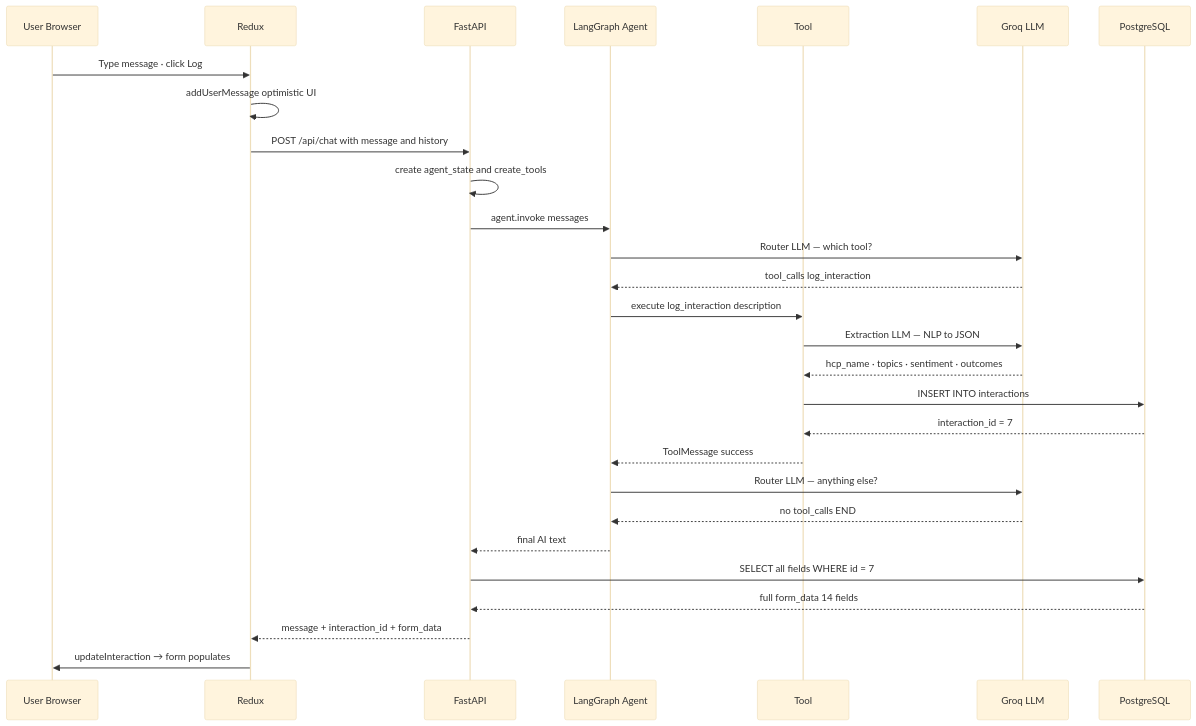
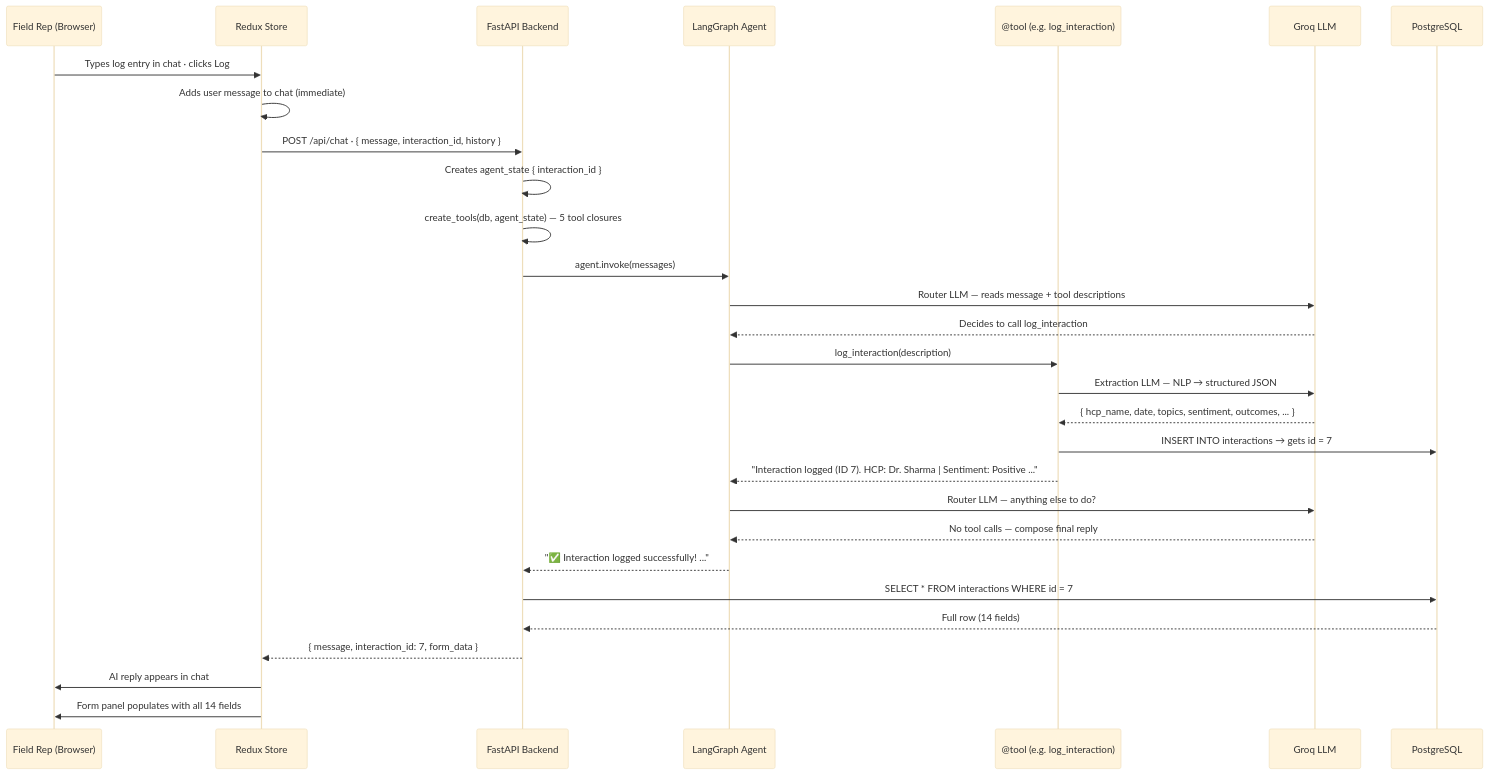
One commit to Kanchan95/ai-hcp-crm changed the diagram in README.md. Above: the diagram before and after it, drawn with Mermaid (base theme). The commit also changed other lines of this file and 1 other file, not shown here.

Commit message:
fix: log acknowledgment message + clean README

````diff
--- a/README.md
+++ b/README.md
@@ -68,31 +25,38 @@
 ```mermaid
 sequenceDiagram
-    participant U as User Browser
-    participant R as Redux
-    participant F as FastAPI
-    participant L as LangGraph Agent
-    participant T as Tool
-    participant G as Groq LLM
-    participant P as PostgreSQL
+    participant Rep as Field Rep (Browser)
+    participant Redux as Redux Store
+    participant API as FastAPI Backend
+    participant Agent as LangGraph Agent
+    participant Tool as @tool (e.g. log_interaction)
+    participant LLM as Groq LLM
+    participant DB as PostgreSQL
 
-    U->>R: Type message · click Log
-    R->>R: addUserMessage optimistic UI
-    R->>F: POST /api/chat with message and history
-    F->>F: create agent_state and create_tools
-    F->>L: agent.invoke messages
-    L->>G: Router LLM — which tool?
-    G-->>L: tool_calls log_interaction
-    L->>T: execute log_interaction description
-    T->>G: Extraction LLM — NLP to JSON
-    G-->>T: hcp_name · topics · sentiment · outcomes
-    T->>P: INSERT INTO interactions
-    P-->>T: interaction_id = 7
-    T-->>L: ToolMessage success
-    L->>G: Router LLM — anything else?
-    G-->>L: no tool_calls END
-    L-->>F: final AI text
-    F->>P: SELECT all fields WHERE id = 7
-    P-->>F: full form_data 14 fields
-    F-->>R: message + interaction_id + form_data
-    R->>U: updateInteraction → form populates
+    Rep->>Redux: Types log entry in chat · clicks Log
+    Redux->>Redux: Adds user message to chat (immediate)
+    Redux->>API: POST /api/chat · { message, interaction_id, history }
+
+    API->>API: Creates agent_state { interaction_id }
+    API->>API: create_tools(db, agent_state) — 5 tool closures
+    API->>Agent: agent.invoke(messages)
+
+    Agent->>LLM: Router LLM — reads message + tool descriptions
+    LLM-->>Agent: Decides to call log_interaction
+
+    Agent->>Tool: log_interaction(description)
+    Tool->>LLM: Extraction LLM — NLP → structured JSON
+    LLM-->>Tool: { hcp_name, date, topics, sentiment, outcomes, ... }
+    Tool->>DB: INSERT INTO interactions → gets id = 7
+    Tool-->>Agent: "Interaction logged (ID 7). HCP: Dr. Sharma | Sentiment: Positive ..."
+
+    Agent->>LLM: Router LLM — anything else to do?
+    LLM-->>Agent: No tool calls — compose final reply
+    Agent-->>API: "✅ Interaction logged successfully! ..."
+
+    API->>DB: SELECT * FROM interactions WHERE id = 7
+    DB-->>API: Full row (14 fields)
+    API-->>Redux: { message, interaction_id: 7, form_data }
+
+    Redux->>Rep: AI reply appears in chat
+    Redux->>Rep: Form panel populates with all 14 fields
 ```
````
